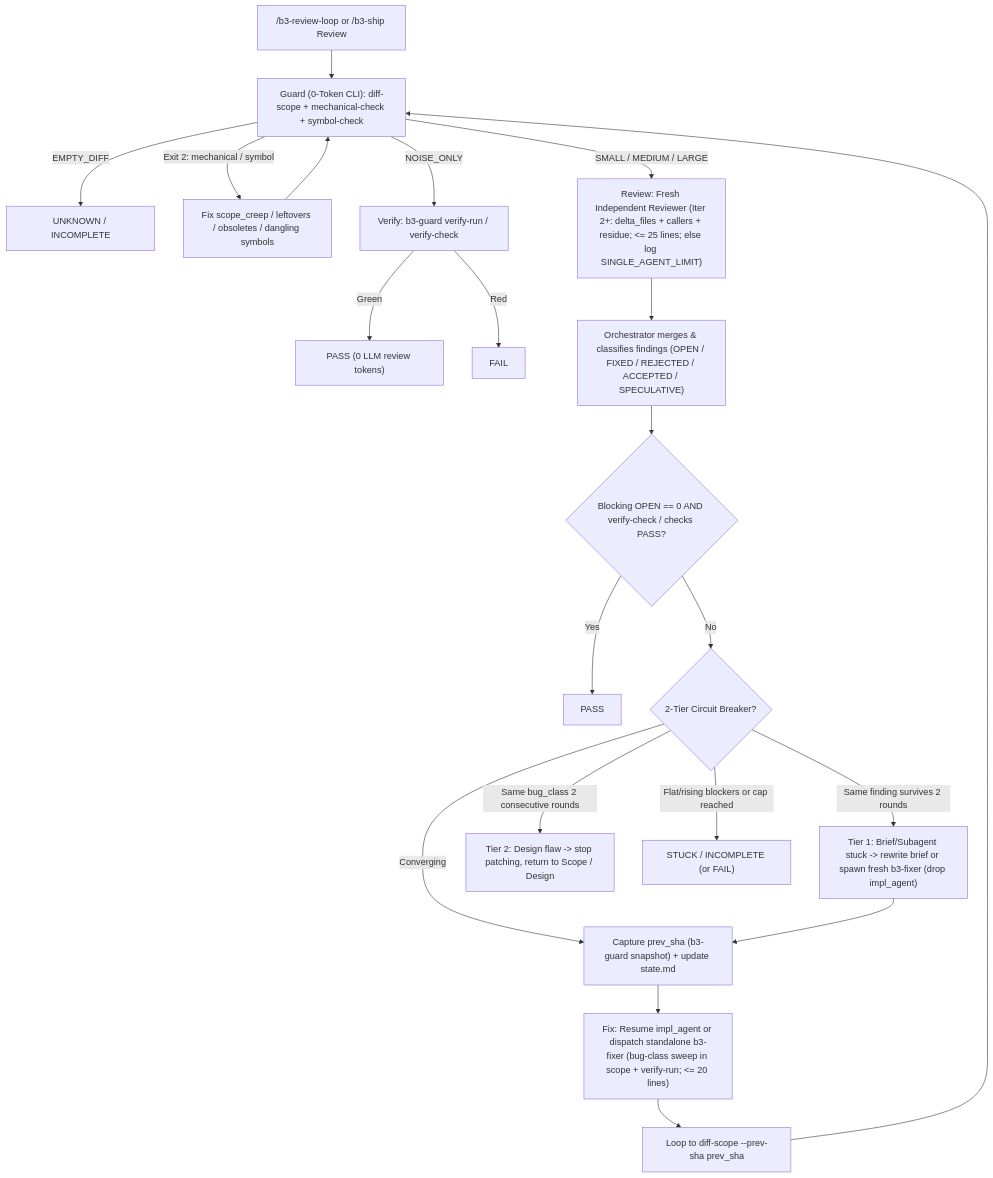
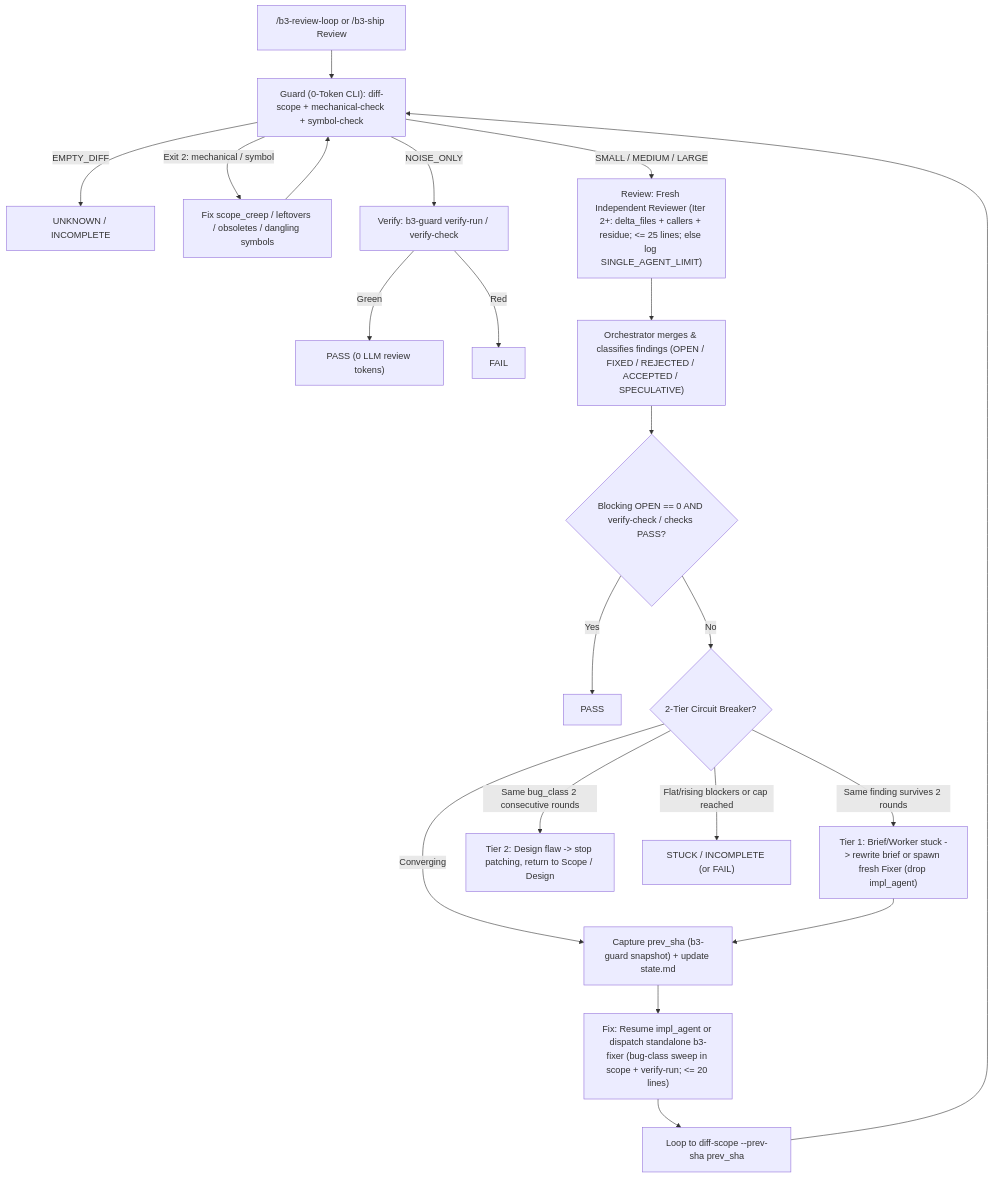
One commit to hptbee/b3_ai-engineering changed the third of 5 diagrams in docs/ship-and-review-guide.md. Above: the diagram before and after it, drawn with Mermaid. The commit also changed other lines of this file and 12 other files, not shown here.

````diff
--- a/docs/ship-and-review-guide.md
+++ b/docs/ship-and-review-guide.md
@@ -115,26 +117,26 @@
 ```mermaid
 flowchart TD
     Start["/b3-review-loop or /b3-ship Review"] --> Scope["Guard (0-Token CLI): diff-scope + mechanical-check + symbol-check"]
     Scope -->|"EMPTY_DIFF"| Incomplete["UNKNOWN / INCOMPLETE"]
     Scope -->|"Exit 2: mechanical / symbol"| FixMech["Fix scope_creep / leftovers / obsoletes / dangling symbols"]
     FixMech --> Scope
     Scope -->|"NOISE_ONLY"| NoiseTest["Verify: b3-guard verify-run / verify-check"]
     NoiseTest -->|"Green"| Pass["PASS (0 LLM review tokens)"]
     NoiseTest -->|"Red"| Fail["FAIL"]
 
     Scope -->|"SMALL / MEDIUM / LARGE"| Rev["Review: Fresh Independent Reviewer (Iter 2+: delta_files + callers + residue; <= 25 lines; else log SINGLE_AGENT_LIMIT)"]
     Rev --> Merge["Orchestrator merges & classifies findings (OPEN / FIXED / REJECTED / ACCEPTED / SPECULATIVE)"]
     Merge --> Gate{"Blocking OPEN == 0 AND verify-check / checks PASS?"}
     Gate -->|"Yes"| Pass2["PASS"]
     Gate -->|"No"| Breaker{"2-Tier Circuit Breaker?"}
 
-    Breaker -->|"Same finding survives 2 rounds"| ResetSubagent["Tier 1: Brief/Subagent stuck -> rewrite brief or spawn fresh b3-fixer (drop impl_agent)"]
+    Breaker -->|"Same finding survives 2 rounds"| ResetWorker["Tier 1: Brief/Worker stuck -> rewrite brief or spawn fresh Fixer (drop impl_agent)"]
     Breaker -->|"Same bug_class 2 consecutive rounds"| Redesign["Tier 2: Design flaw -> stop patching, return to Scope / Design"]
     Breaker -->|"Flat/rising blockers or cap reached"| Stuck["STUCK / INCOMPLETE (or FAIL)"]
     Breaker -->|"Converging"| Snap["Capture prev_sha (b3-guard snapshot) + update state.md"]
 
-    ResetSubagent --> Snap
+    ResetWorker --> Snap
     Snap --> Fix["Fix: Resume impl_agent or dispatch standalone b3-fixer (bug-class sweep in scope + verify-run; <= 20 lines)"]
     Fix --> LoopBack["Loop to diff-scope --prev-sha prev_sha"]
     LoopBack --> Scope
 ```
````
